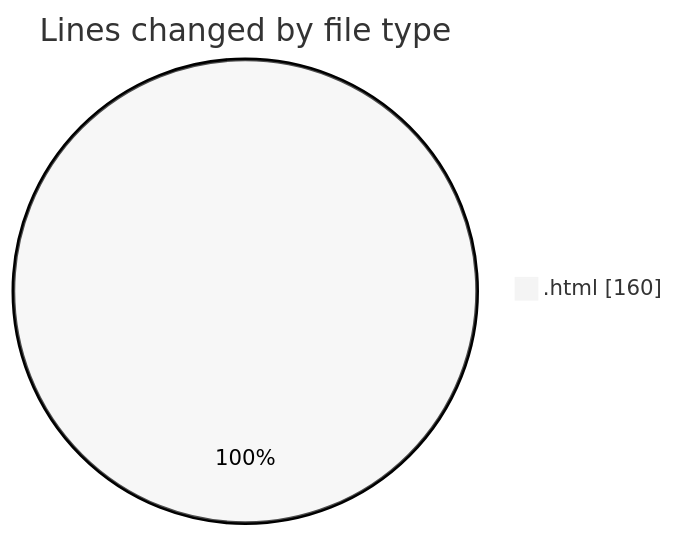
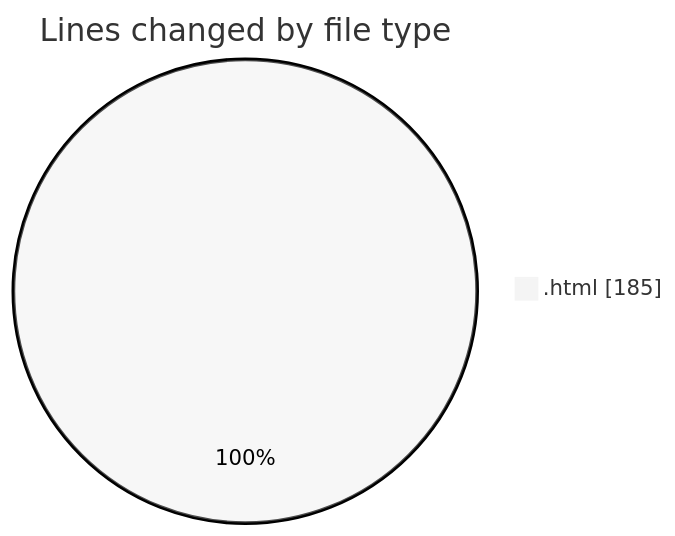
The first of 2 diagrams in 2025-01-07/nueva_carpeta/README.md (LanceThiago/code-tracking), drawn with Mermaid (neutral theme) before and after one commit. The commit also changed other lines of this file and 1 other file, not shown here.

````diff
--- a/2025-01-07/nueva_carpeta/README.md
+++ b/2025-01-07/nueva_carpeta/README.md
@@ -20,5 +20,5 @@
 ```mermaid
 pie showData
 title Lines changed by file type
-".html" : 160
+".html" : 185
 ```
````
